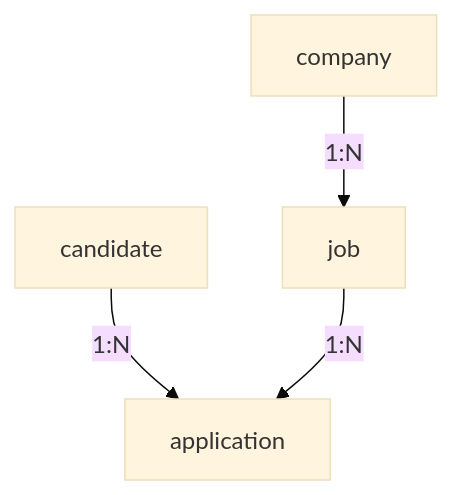
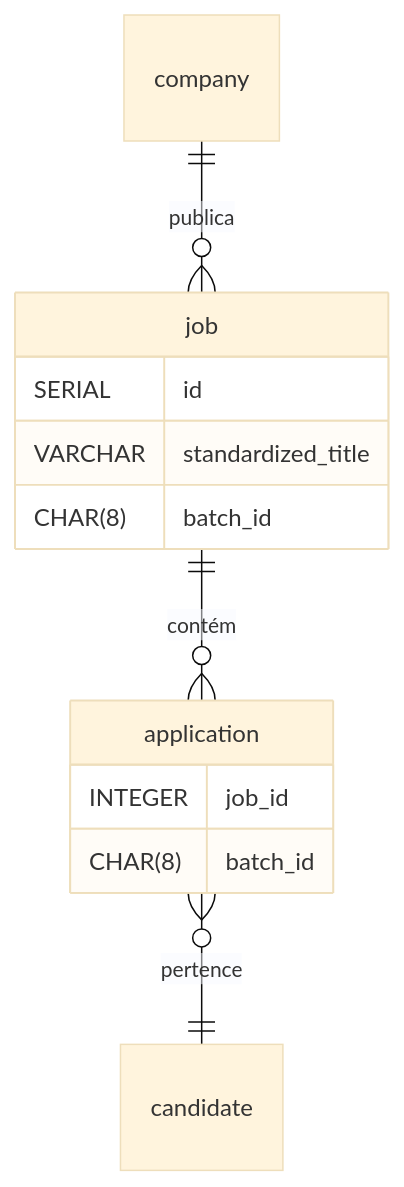
One commit to anandamatos/job-search changed the third of 7 diagrams in desafio_remodelado.md. Above: the diagram before and after it, drawn with Mermaid (base theme). The commit also changed other lines of this file, not shown here.

````diff
--- a/desafio_remodelado.md
+++ b/desafio_remodelado.md
@@ -382,6 +129,15 @@
 ```mermaid
-flowchart TD
-    candidate -- "1:N" --> application
-    job -- "1:N" --> application
-    company -- "1:N" --> job
+erDiagram
+    company ||--o{ job : "publica"
+    job {
+        SERIAL id
+        VARCHAR standardized_title
+        CHAR(8) batch_id
+    }
+    job ||--o{ application : "contém"
+    application {
+        INTEGER job_id
+        CHAR(8) batch_id
+    }
+    application }o--|| candidate : "pertence"
 ```
````
